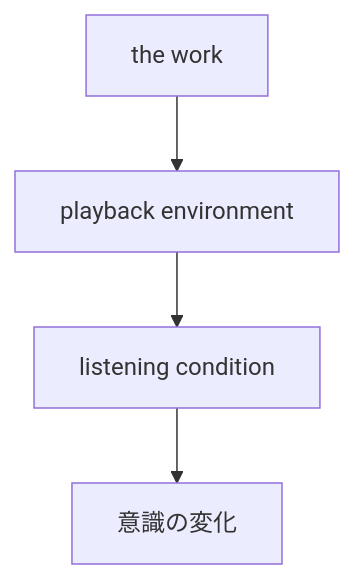
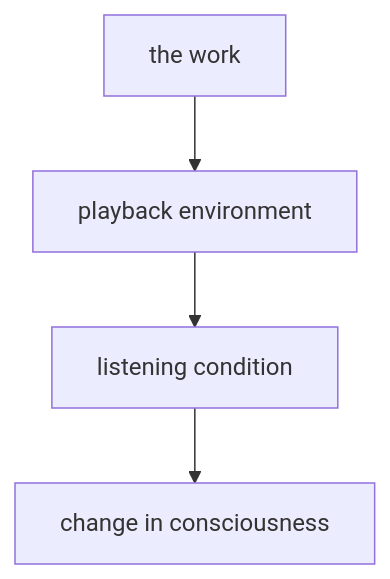
One commit to monumental-movement/monumental-movement.github.io changed the diagram in en/_posts/2025-12-17-column-ambient-techno-deep-ambient2.md. Above: the diagram before and after it, drawn with Mermaid. The commit also changed other lines of this file and 851 other files, not shown here.

```diff
--- a/en/_posts/2025-12-17-column-ambient-techno-deep-ambient2.md
+++ b/en/_posts/2025-12-17-column-ambient-techno-deep-ambient2.md
@@ -134,6 +134,6 @@
 <div class="mermaid">
 graph TD
 A[the work] --> B[playback environment]
 B --> C[listening condition]
-C --> D[意識の変化]
+C --> D[change in consciousness]
 </div>
```
